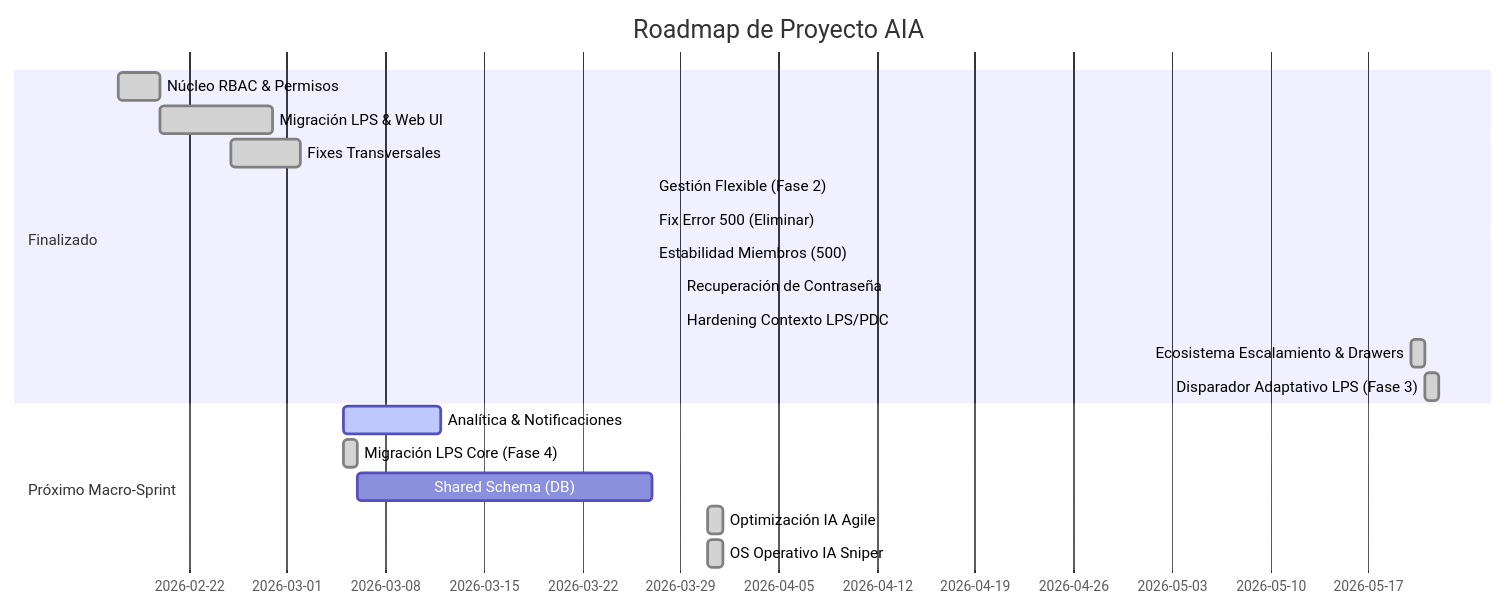
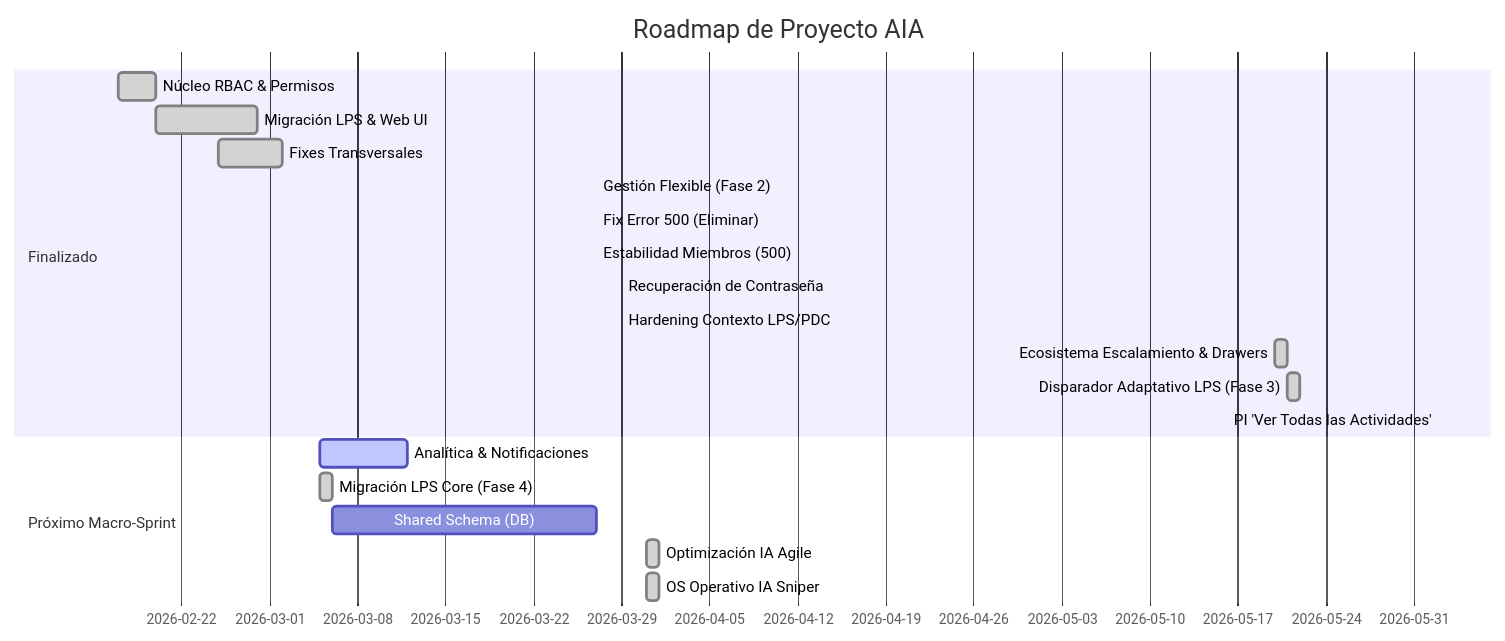
Before and after one commit to jbenite7/lastplanneraia-construccion: the diagram in ROADMAP.md, drawn with Mermaid. The commit also changed other lines of this file and 5 other files, not shown here.

Commit message:
feat(pi): toggle slider 'Ver Todas las Actividades' para editar lookahead de largo plazo

````diff
--- a/ROADMAP.md
+++ b/ROADMAP.md
@@ -13,22 +13,23 @@
 ```mermaid
 gantt
     title Roadmap de Proyecto AIA
     dateFormat  YYYY-MM-DD
     section Finalizado
     Núcleo RBAC & Permisos       :done,    des1, 2026-02-17, 2026-02-20
     Migración LPS & Web UI       :done,    des2, 2026-02-20, 2026-02-28
     Fixes Transversales          :done,    des3, 2026-02-25, 2026-03-02
     Gestión Flexible (Fase 2)    :done,    des7, 2026-03-27, 2026-03-27
     Fix Error 500 (Eliminar)    :done,    des8, 2026-03-27, 2026-03-27
     Estabilidad Miembros (500)  :done,    des9, 2026-03-27, 2026-03-27
     Recuperación de Contraseña   :done,    des10, 2026-03-29, 2026-03-29
     Hardening Contexto LPS/PDC   :done,    des11, 2026-03-29, 2026-03-29
     Ecosistema Escalamiento & Drawers :done, des14, 2026-05-20, 2026-05-21
     Disparador Adaptativo LPS (Fase 3) :done, des15, 2026-05-21, 2026-05-22
+    PI 'Ver Todas las Actividades'  :done, des16, 2026-06-02, 2026-06-02
     section Próximo Macro-Sprint
     Analítica & Notificaciones  :active,  des4, 2026-03-05, 7d
     Migración LPS Core (Fase 4) :done,    des6, 2026-03-05, 2026-03-06
     Shared Schema (DB)         :         des5, after des6, 21d
     Optimización IA Agile       :done,    des12, 2026-03-31, 1d
     OS Operativo IA Sniper      :done,    des13, 2026-03-31, 1d
 ```
````
